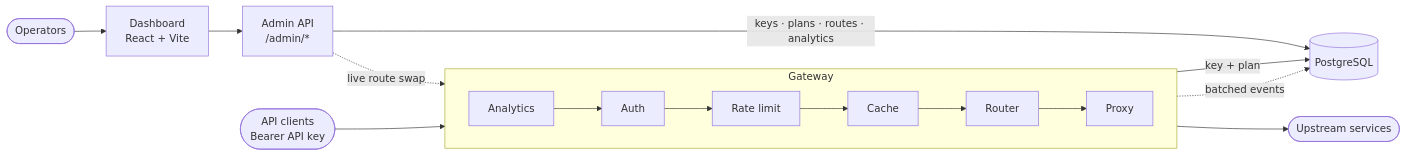
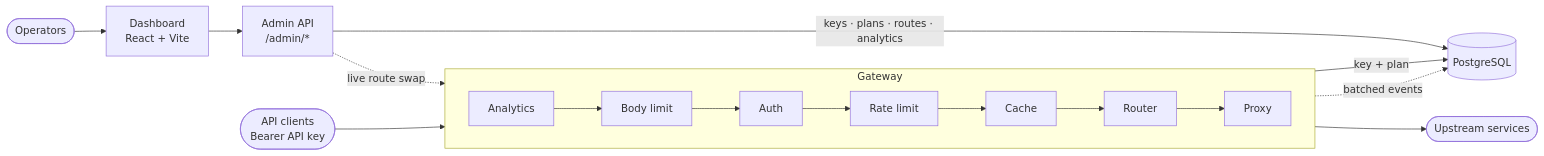
One commit to matiasaldom/API-Gateway changed the diagram in README.md. Above: the diagram before and after it, drawn with Mermaid. The commit also changed other lines of this file and 42 other files, not shown here.

````diff
--- a/README.md
+++ b/README.md
@@ -20,17 +71,17 @@
 ```mermaid
 flowchart LR
     apps([API clients<br/>Bearer API key]) --> gw
     ops([Operators]) --> dash[Dashboard<br/>React + Vite] --> admin
 
     subgraph gw[Gateway]
         direction LR
-        a[Analytics] --> b[Auth] --> c[Rate limit] --> d[Cache] --> e[Router] --> f[Proxy]
+        a[Analytics] --> l[Body limit] --> b[Auth] --> c[Rate limit] --> d[Cache] --> e[Router] --> f[Proxy]
     end
     admin[Admin API<br/>/admin/*]
 
     f --> up([Upstream services])
     b -- key + plan --> pg[(PostgreSQL)]
     a -. batched events .-> pg
     admin -- keys · plans · routes · analytics --> pg
     admin -. live route swap .-> e
 ```
````
